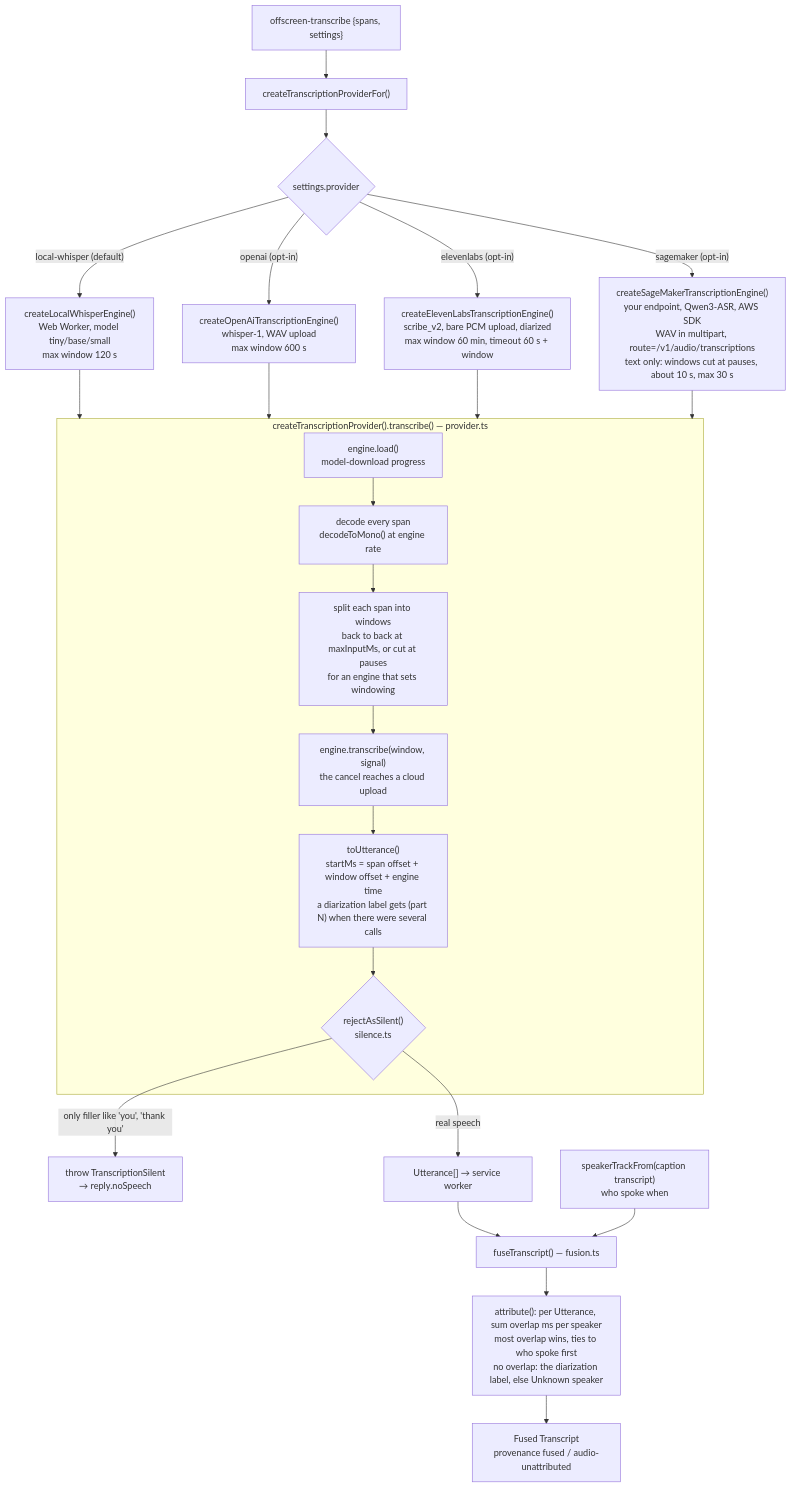
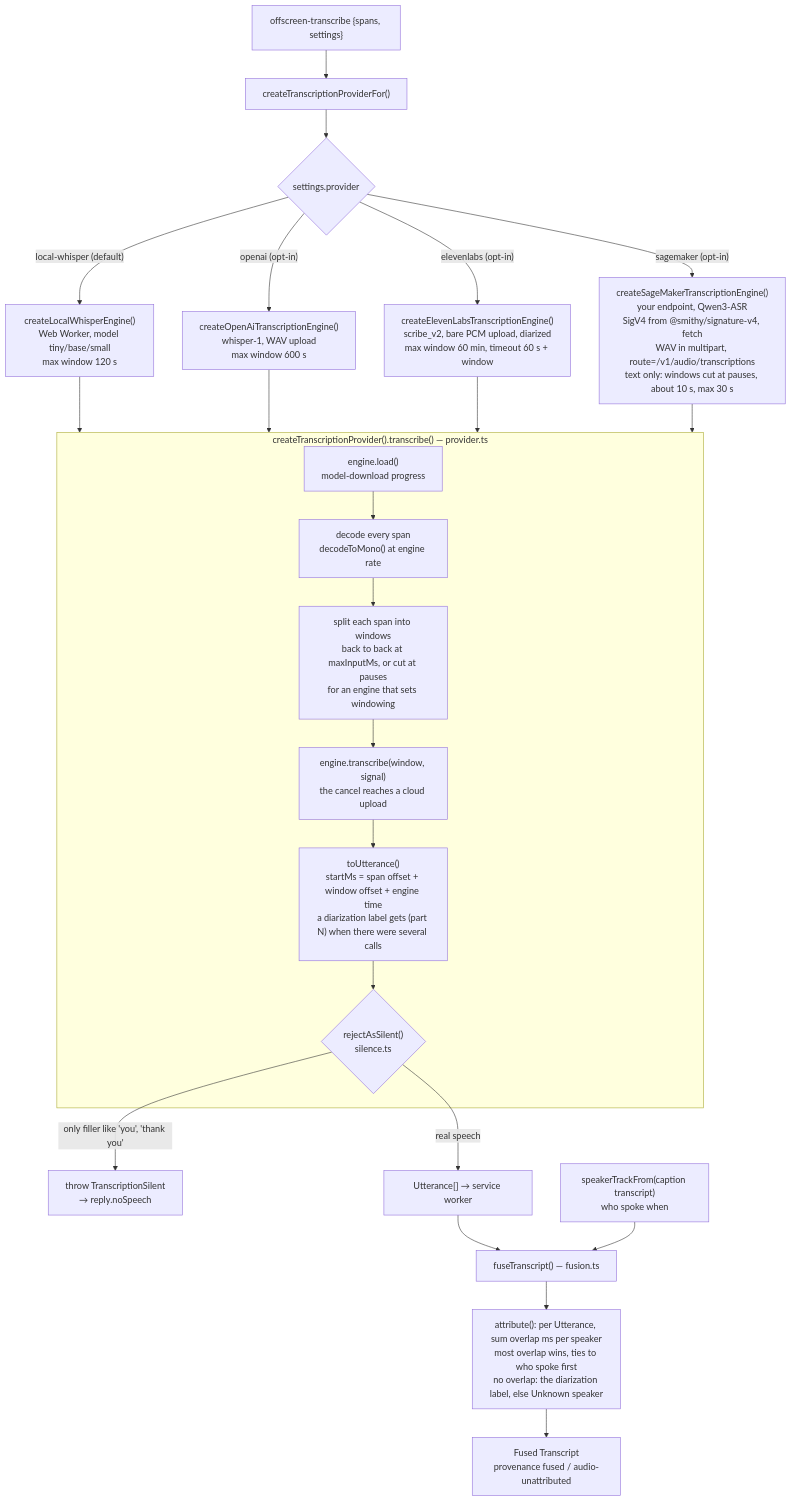
Before and after one commit to dominic676767/meeting-summarizer: the eighth of 11 diagrams in docs/ARCHITECTURE.md, drawn with Mermaid. The commit also changed other lines of this file and 5 other files, not shown here.

````diff
--- a/docs/ARCHITECTURE.md
+++ b/docs/ARCHITECTURE.md
@@ -398,28 +398,28 @@
 ```mermaid
 flowchart TD
     msg["offscreen-transcribe {spans, settings}"] --> fac["createTranscriptionProviderFor()"]
     fac --> which{"settings.provider"}
     which -- "local-whisper (default)" --> lw["createLocalWhisperEngine()<br/>Web Worker, model tiny/base/small<br/>max window 120 s"]
     which -- "openai (opt-in)" --> oa["createOpenAiTranscriptionEngine()<br/>whisper-1, WAV upload<br/>max window 600 s"]
     lw --> core
     which -- "elevenlabs (opt-in)" --> el["createElevenLabsTranscriptionEngine()<br/>scribe_v2, bare PCM upload, diarized<br/>max window 60 min, timeout 60 s + window"]
     oa --> core
-    which -- "sagemaker (opt-in)" --> sm["createSageMakerTranscriptionEngine()<br/>your endpoint, Qwen3-ASR, AWS SDK<br/>WAV in multipart, route=/v1/audio/transcriptions<br/>text only: windows cut at pauses, about 10 s, max 30 s"]
+    which -- "sagemaker (opt-in)" --> sm["createSageMakerTranscriptionEngine()<br/>your endpoint, Qwen3-ASR<br/>SigV4 from @smithy/signature-v4, fetch<br/>WAV in multipart, route=/v1/audio/transcriptions<br/>text only: windows cut at pauses, about 10 s, max 30 s"]
     el --> core
     sm --> core
 
     subgraph core["createTranscriptionProvider().transcribe() — provider.ts"]
         load["engine.load()<br/>model-download progress"] --> dec["decode every span<br/>decodeToMono() at engine rate"]
         dec --> win["split each span into windows<br/>back to back at maxInputMs, or cut at pauses<br/>for an engine that sets windowing"]
         win --> eng["engine.transcribe(window, signal)<br/>the cancel reaches a cloud upload"]
         eng --> utt["toUtterance()<br/>startMs = span offset + window offset + engine time<br/>a diarization label gets (part N) when there were several calls"]
         utt --> sil{"rejectAsSilent()<br/>silence.ts"}
     end
     sil -- "only filler like 'you', 'thank you'" --> silent["throw TranscriptionSilent<br/>→ reply.noSpeech"]
     sil -- "real speech" --> utts["Utterance[] → service worker"]
 
     utts --> fuse["fuseTranscript() — fusion.ts"]
     track["speakerTrackFrom(caption transcript)<br/>who spoke when"] --> fuse
     fuse --> attr["attribute(): per Utterance, sum overlap ms per speaker<br/>most overlap wins, ties to who spoke first<br/>no overlap: the diarization label, else Unknown speaker"]
     attr --> fused["Fused Transcript<br/>provenance fused / audio-unattributed"]
 ```
````
